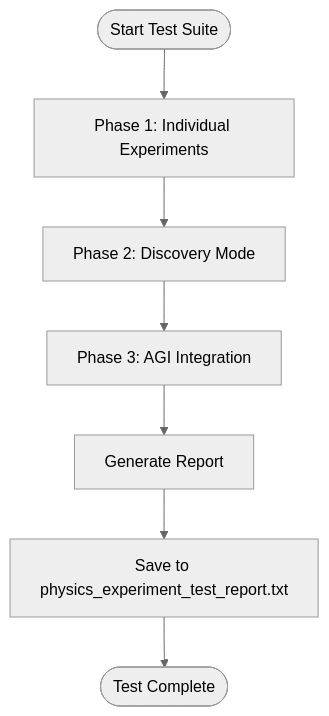
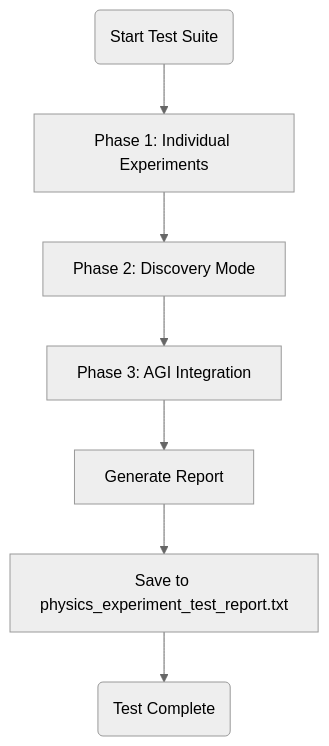
Before and after one commit to Likhithsai2580/RAVANA-WIKI: the third of 3 diagrams in docs/Specialized Modules/Physics Experimentation.md, drawn with Mermaid (neutral theme). The commit also changed 31 other files, not shown here.

First line of the commit message:
Fix(docs): Correct Mermaid diagram syntax

````diff
--- a/docs/Specialized Modules/Physics Experimentation.md
+++ b/docs/Specialized Modules/Physics Experimentation.md
@@ -172,9 +172,9 @@
 ```mermaid
 flowchart TD
-Start([Start Test Suite]) --> Phase1["Phase 1: Individual Experiments"]
+Start("Start Test Suite") --> Phase1["Phase 1: Individual Experiments"]
 Phase1 --> Phase2["Phase 2: Discovery Mode"]
 Phase2 --> Phase3["Phase 3: AGI Integration"]
 Phase3 --> Report["Generate Report"]
 Report --> Save["Save to physics_experiment_test_report.txt"]
-Save --> End([Test Complete])
+Save --> End("Test Complete")
 ```
````
